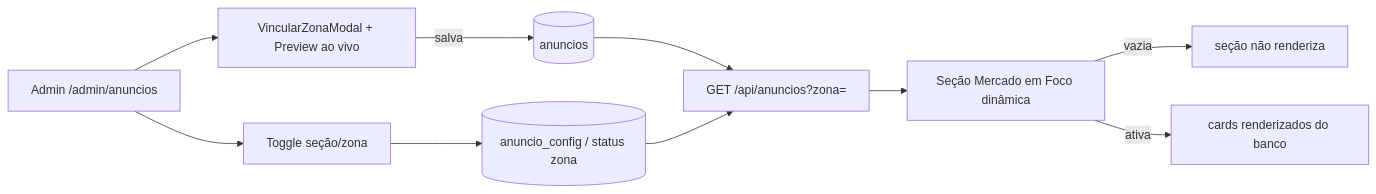
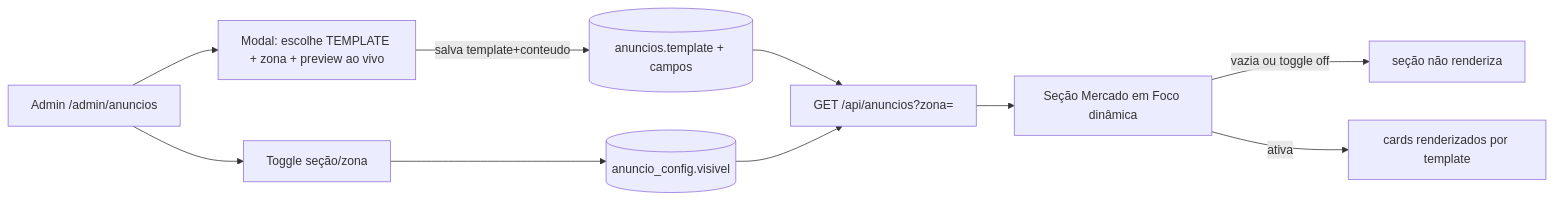
One commit to dinamicaengenhariamkt/xconstrucao-replit changed the diagram in docs/jornadas/24-anuncios-ricos.md. Above: the diagram before and after it, drawn with Mermaid. The commit also changed other lines of this file and 47 other files, not shown here.

````diff
--- a/docs/jornadas/24-anuncios-ricos.md
+++ b/docs/jornadas/24-anuncios-ricos.md
@@ -30,11 +51,11 @@
 ```mermaid
 flowchart LR
-  A[Admin /admin/anuncios] --> M[VincularZonaModal + Preview ao vivo]
-  M -->|salva| DB[(anuncios)]
-  A --> TG[Toggle seção/zona] --> CFG[(anuncio_config / status zona)]
+  A[Admin /admin/anuncios] --> M[Modal: escolhe TEMPLATE + zona + preview ao vivo]
+  M -->|salva template+conteudo| DB[(anuncios.template + campos)]
+  A --> TG[Toggle seção/zona] --> CFG[(anuncio_config.visivel)]
   DB --> API[GET /api/anuncios?zona=]
   CFG --> API
   API --> HOME[Seção Mercado em Foco dinâmica]
-  HOME -->|vazia| HIDE[seção não renderiza]
-  HOME -->|ativa| SHOW[cards renderizados do banco]
+  HOME -->|vazia ou toggle off| HIDE[seção não renderiza]
+  HOME -->|ativa| SHOW[cards renderizados por template]
 ```
````
